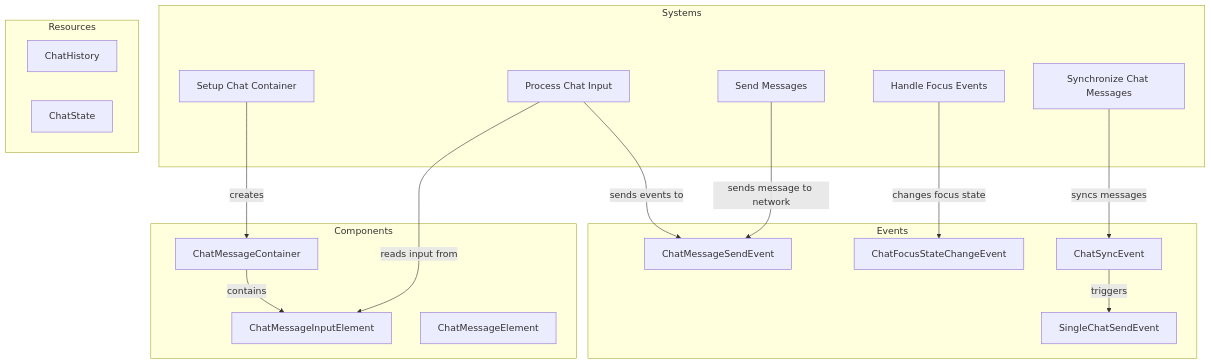
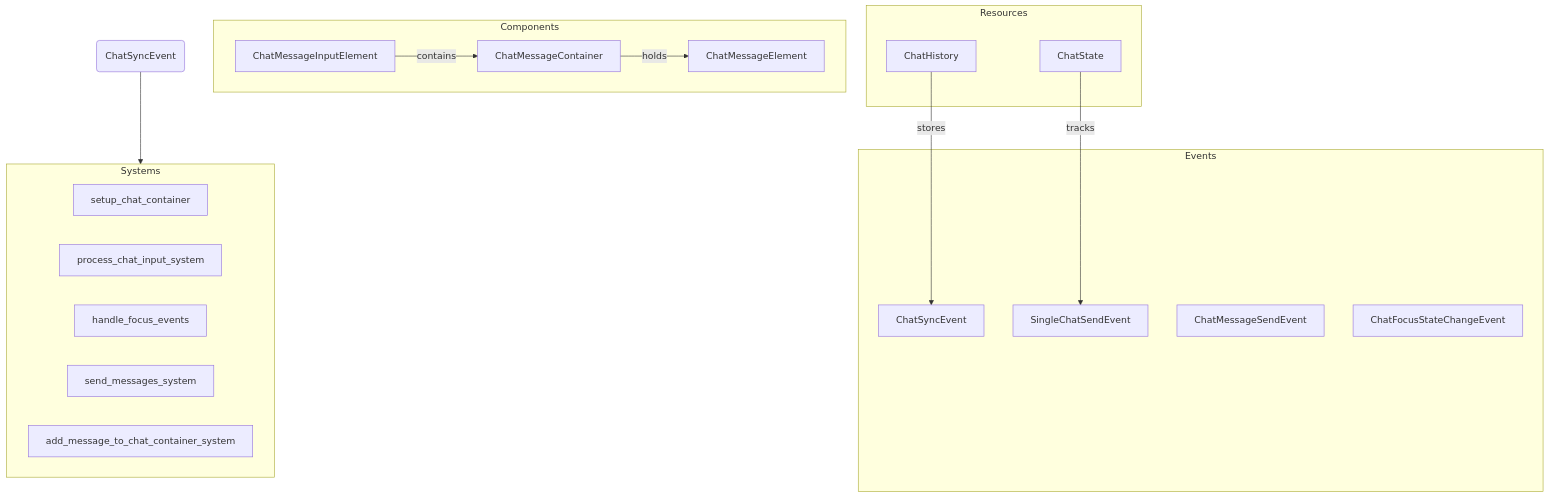
The diagram in docs/client/chat.md (CuddlyBunion341/rsmc), drawn with Mermaid before and after one commit. The commit also changed other lines of this file and 12 other files, not shown here.

````diff
--- a/docs/client/chat.md
+++ b/docs/client/chat.md
@@ -9,37 +9,34 @@
 ```mermaid
 graph TD
     subgraph Components
-        A[ChatMessageContainer]
-        B[ChatMessageInputElement]
-        C[ChatMessageElement]
+        ChatMessageContainer[ChatMessageContainer]
+        ChatMessageInputElement[ChatMessageInputElement]
+        ChatMessageElement[ChatMessageElement]
+    end
+    
+    subgraph Resources
+        ChatHistory[ChatHistory]
+        ChatState[ChatState]
+    end
+    
+    subgraph Events
+        ChatSyncEvent[ChatSyncEvent]
+        SingleChatSendEvent[SingleChatSendEvent]
+        ChatMessageSendEvent[ChatMessageSendEvent]
+        ChatFocusStateChangeEvent[ChatFocusStateChangeEvent]
+    end
+    
+    subgraph Systems
+        SetupChatContainer[setup_chat_container]
+        ProcessChatInput[process_chat_input_system]
+        HandleFocusEvents[handle_focus_events]
+        SendMessages[send_messages_system]
+        AddMessageToContainer[add_message_to_chat_container_system]
     end
 
-    subgraph Systems
-        D[Setup Chat Container]
-        E[Process Chat Input]
-        F[Send Messages]
-        G[Handle Focus Events]
-        H[Synchronize Chat Messages]
-    end
-
-    subgraph Resources
-        I[ChatHistory]
-        J[ChatState]
-    end
-
-    subgraph Events
-        K[ChatSyncEvent]
-        L[SingleChatSendEvent]
-        M[ChatMessageSendEvent]
-        N[ChatFocusStateChangeEvent]
-    end
-
-    A -->|contains|B
-    D -->|creates|A
-    E -->|reads input from|B
-    E -->|sends events to|M
-    F -->|sends message to network|M
-    G -->|changes focus state|N
-    H -->|syncs messages|K
-    K -->|triggers|L
+    ChatMessageInputElement -->|contains| ChatMessageContainer
+    ChatMessageContainer -->|holds| ChatMessageElement
+    ChatHistory -->|stores| ChatSyncEvent
+    ChatState -->|tracks| SingleChatSendEvent
+    Event1(ChatSyncEvent) --> Systems
 ```
````
